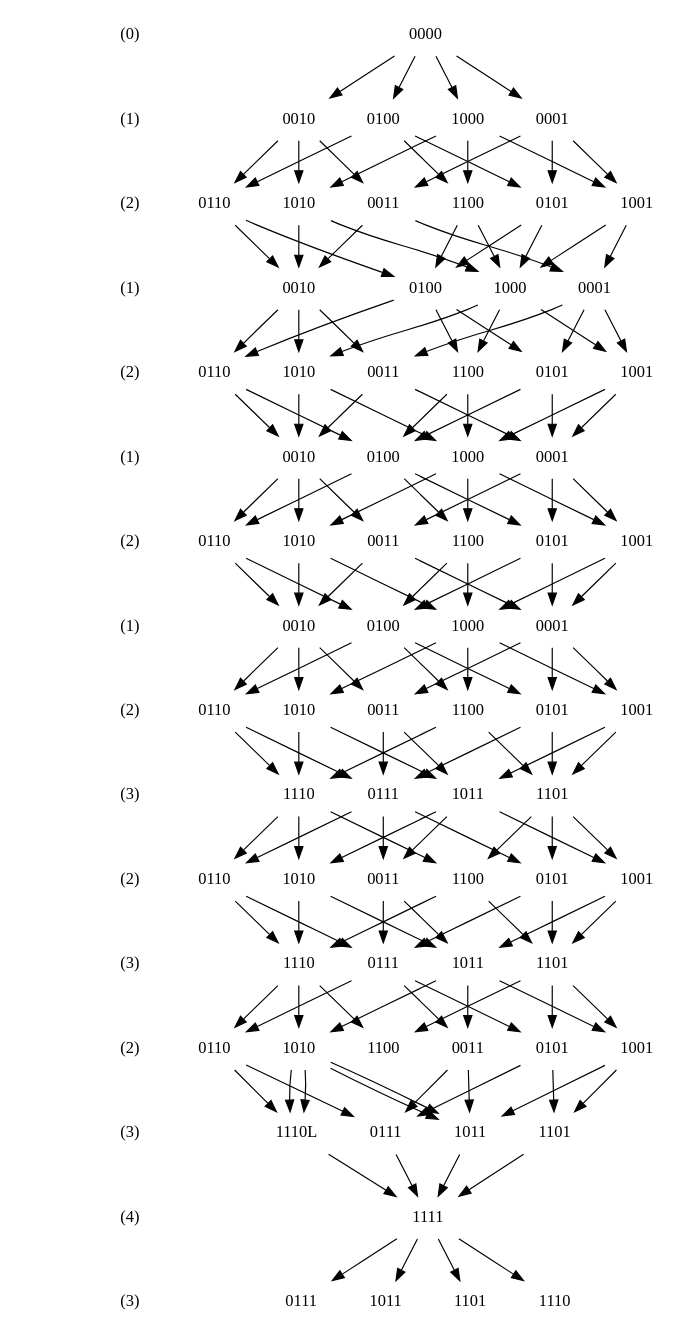
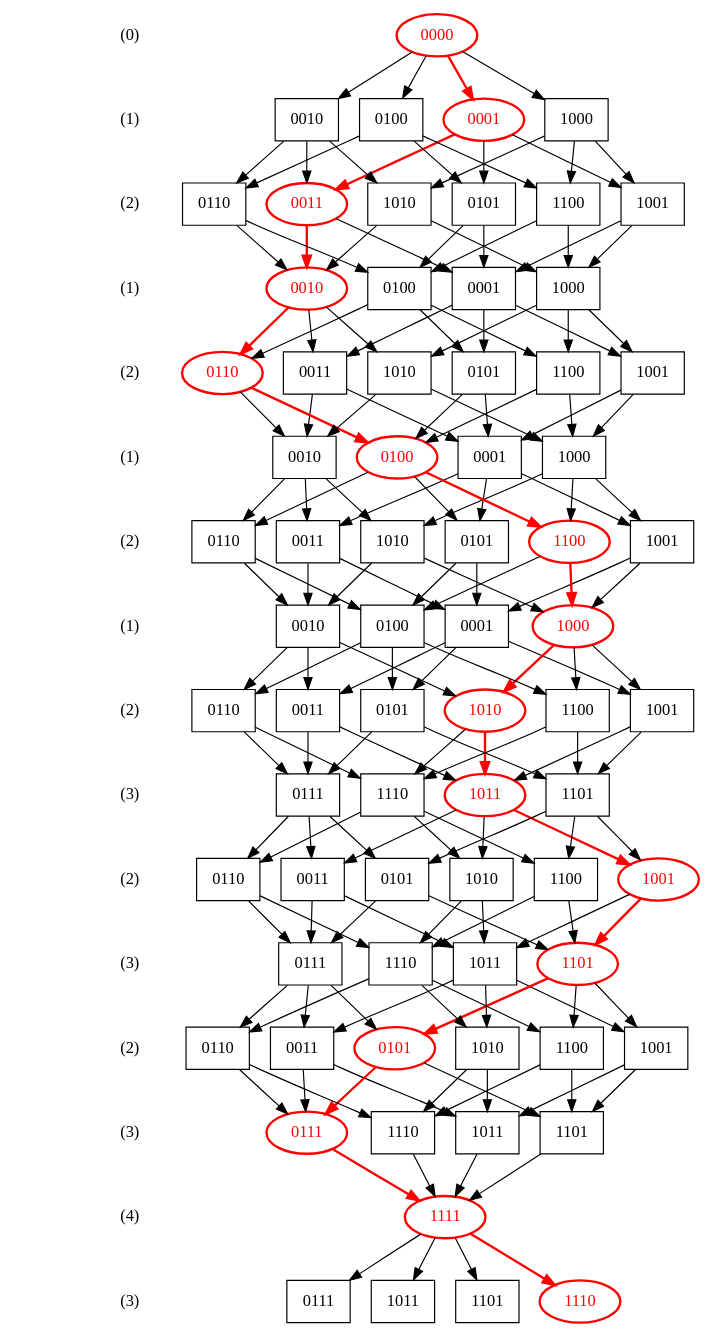
One commit to jloughry/subset changed the diagram in optimal_4.dot. Above: the diagram before and after it, drawn with Graphviz. The commit also changed 8 other files, not shown here.

```diff
--- a/optimal_4.dot
+++ b/optimal_4.dot
@@ -47,25 +47,24 @@
 	"size8" -> "size9" -> "size10" -> "size11" ->
 	"size12" -> "size13" -> "size14" -> "size15"
 
-	edge [style=solid];
-
-	// node [shape=box]
+	edge [style=solid]
+	node [shape=box]
 
 	{rank=same; "rank0" [style=invis];
-		0000
+		0000 [shape=ellipse,fontcolor=red,color=red,style=bold]
 	}
 
 	{rank=same; "rank1" [style=invis];
-		0001 0010 0100 1000
+		0001 [shape=ellipse,fontcolor=red,color=red,style=bold] 0010 0100 1000
 	}
 
-	0000->0001;
+	0000->0001 [color=red,style=bold];
 	0000->0010;
 	0000->0100;
 	0000->1000;
 
 	{rank=same; "rank2" [style=invis];
-		"0011a" [label="0011"];
+		"0011a" [label="0011",shape=ellipse,fontcolor=red,color=red,style=bold];
 		"0101a" [label="0101"];
 		"0110a" [label="0110"];
 		"1100a" [label="1100"];
@@ -73,20 +72,20 @@
 		"1010a" [label="1010"];
 	}
 
-	0001->"0011a"; 0001->"0101a"; 0001->"1001a";
+	0001->"0011a" [color=red,style=bold]; 0001->"0101a"; 0001->"1001a";
 	0010->"0011a"; 0010->"0110a"; 0010->"1010a";
 	0100->"0101a"; 0100->"0110a"; 0100->"1100a";
 	1000->"1001a"; 1000->"1010a"; 1000->"1100a";
 
 	{rank=same; "rank3" [style=invis];
-		"0010b" [label="0010"];
+		"0010b" [label="0010",shape=ellipse,fontcolor=red,color=red,style=bold];
 		"0001b" [label="0001"];
 		"0100b" [label="0100"];
 		"1000b" [label="1000"];
 	}
 
-	"0011a"->"0010b"; "0011a"->"0001b";
-	"0101a"->"1000b"; "0101a"->"0100b";
+	"0011a"->"0010b" [color=red,style=bold]; "0011a"->"0001b";
+	"0101a"->"0001b"; "0101a"->"0100b";
 	"0110a"->"0100b"; "0110a"->"0010b";
 	"1001a"->"1000b"; "1001a"->"0001b";
 	"1010a"->"1000b"; "1010a"->"0010b";
@@ -95,14 +94,14 @@
 	{rank=same; "rank4" [style=invis];
 		"0011c" [label="0011"];
 		"0101c" [label="0101"];
-		"0110c" [label="0110"];
+		"0110c" [label="0110",shape=ellipse,fontcolor=red,color=red,style=bold];
 		"1010c" [label="1010"];
 		"1001c" [label="1001"];
 		"1100c" [label="1100"];
 	}
 
 	"0001b"->"0011c"; "0001b"->"0101c"; "0001b"->"1001c";
-	"0010b"->"0011c"; "0010b"->"0110c"; "0010b"->"1010c";
+	"0010b"->"0011c"; "0010b"->"0110c" [color=red,style=bold]; "0010b"->"1010c";
 	"1000b"->"1001c"; "1000b"->"1010c"; "1000b"->"1100c";
 	"0100b"->"0101c"; "0100b"->"0110c"; "0100b"->"1100c";
 	
@@ -110,14 +109,14 @@
 		"0010d" [label="0010"];
 		"0001d" [label="0001"];
 		"1000d" [label="1000"];
-		"0100d" [label="0100"];
+		"0100d" [label="0100",shape=ellipse,fontcolor=red,color=red,style=bold];
 	}
 
 	"0011c"->"0010d"; "0011c"->"0001d";
 	"1001c"->"1000d"; "1001c"->"0001d";
 	"0101c"->"0100d"; "0101c"->"0001d";
 	"1010c"->"1000d"; "1010c"->"0010d";
-	"0110c"->"0100d"; "0110c"->"0010d";
+	"0110c"->"0100d" [color=red,style=bold]; "0110c"->"0010d";
 	"1100c"->"1000d"; "1100c"->"0100d";
 
 	{rank=same; "rank6" [style=invis];
@@ -126,18 +125,18 @@
 		"0011e" [label="0011"];
 		"1010e" [label="1010"];
 		"0110e" [label="0110"];
-		"1100e" [label="1100"];
+		"1100e" [label="1100",shape=ellipse,fontcolor=red,color=red,style=bold];
 	}
 
 	"0001d"->"1001e"; "0001d"->"0101e"; "0001d"->"0011e";
 	"0010d"->"1010e"; "0010d"->"0110e"; "0010d"->"0011e";
 	"1000d"->"1001e"; "1000d"->"1010e"; "1000d"->"1100e";
-	"0100d"->"1100e"; "0100d"->"0110e"; "0100d"->"0101e";
+	"0100d"->"1100e" [color=red,style=bold]; "0100d"->"0110e"; "0100d"->"0101e";
 
 	{rank=same; "rank7" [style=invis];
 		"0001f" [label="0001"];
 		"0010f" [label="0010"];
-		"1000f" [label="1000"];
+		"1000f" [label="1000",shape=ellipse,fontcolor=red,color=red,style=bold];
 		"0100f" [label="0100"];
 	}
 
@@ -146,13 +145,13 @@
 	"0101e"->"0001f" "0101e"->"0100f"
 	"1010e"->"0010f" "1010e"->"1000f"
 	"0110e"->"0010f" "0110e"->"0100f"
-	"1100e"->"0100f" "1100e"->"1000f"
+	"1100e"->"0100f" "1100e"->"1000f" [color=red,style=bold]
 
 	{rank=same; "rank8" [style=invis];
 		"1001g" [label="1001"];
 		"0101g" [label="0101"];
 		"0011g" [label="0011"];
-		"1010g" [label="1010"];
+		"1010g" [label="1010",shape=ellipse,fontcolor=red,color=red,style=bold];
 		"0110g" [label="0110"];
 		"1100g" [label="1100"];
 	}
@@ -160,10 +159,10 @@
 	"0001f"->"1001g"; "0001f"->"0101g"; "0001f"->"0011g";
 	"0010f"->"1010g"; "0010f"->"0110g"; "0010f"->"0011g";
 	"0100f"->"1100g"; "0100f"->"0110g"; "0100f"->"0101g";
-	"1000f"->"1100g"; "1000f"->"1010g"; "1000f"->"1001g";
+	"1000f"->"1100g"; "1000f"->"1010g" [color=red,style=bold]; "1000f"->"1001g";
 
 	{rank=same; "rank9" [style=invis];
-		"1011h" [label="1011"];
+		"1011h" [label="1011",shape=ellipse,fontcolor=red,color=red,style=bold];
 		"0111h" [label="0111"];
 		"1101h" [label="1101"];
 		"1110h" [label="1110"];
@@ -172,20 +171,20 @@
 	"0011g"->"1011h"; "0011g"->"0111h";
 	"1001g"->"1101h"; "1001g"->"1011h";
 	"0101g"->"1101h"; "0101g"->"0111h";
-	"1010g"->"1110h"; "1010g"->"1011h";
+	"1010g"->"1110h"; "1010g"->"1011h" [color=red,style=bold];
 	"0110g"->"1110h"; "0110g"->"0111h";
 	"1100g"->"1110h"; "1100g"->"1101h";
 
 	{rank=same; "rank10" [style=invis];
 		"0011i" [label="0011"];
-		"1001i" [label="1001"];
+		"1001i" [label="1001",shape=ellipse,fontcolor=red,color=red,style=bold];
 		"1010i" [label="1010"];
 		"0101i" [label="0101"];
 		"0110i" [label="0110"];
 		"1100i" [label="1100"];
 	}
 
-	"1011h"->"0011i" "1011h"->"1001i" "1011h"->"1010i"
+	"1011h"->"0011i" "1011h"->"1001i" [color=red,style=bold] "1011h"->"1010i"
 	"0111h"->"0011i" "0111h"->"0101i" "0111h"->"0110i"
 	"1101h"->"0101i" "1101h"->"1001i" "1101h"->"1100i"
 	"1110h"->"0110i" "1110h"->"1010i" "1110h"->"1100i"
@@ -193,12 +192,12 @@
 	{rank=same; "rank11" [style=invis];
 		"1011j" [label="1011"];
 		"0111j" [label="0111"];
-		"1101j" [label="1101"];
+		"1101j" [label="1101",shape=ellipse,fontcolor=red,color=red,style=bold];
 		"1110j" [label="1110"];
 	}
 
 	"0011i"->"1011j"; "0011i"->"0111j";
-	"1001i"->"1101j"; "1001i"->"1011j";
+	"1001i"->"1101j" [color=red,style=bold]; "1001i"->"1011j";
 	"0101i"->"1101j"; "0101i"->"0111j";
 	"1010i"->"1110j"; "1010i"->"1011j";
 	"0110i"->"1110j"; "0110i"->"0111j";
@@ -208,36 +207,36 @@
 		"0011k" [label="0011"];
 		"1001k" [label="1001"];
 		"1010k" [label="1010"];
-		"0101k" [label="0101"];
+		"0101k" [label="0101",shape=ellipse,fontcolor=red,color=red,style=bold];
 		"0110k" [label="0110"];
 		"1100k" [label="1100"];
 	}
 
 	"1011j"->"0011k"; "1011j"->"1001k"; "1011j"->"1010k";
 	"0111j"->"0011k"; "0111j"->"0101k"; "0111j"->"0110k";
-	"1101j"->"0101k"; "1101j"->"1001k"; "1101j"->"1100k";
+	"1101j"->"0101k" [color=red,style=bold]; "1101j"->"1001k"; "1101j"->"1100k";
 	"1110j"->"0110k"; "1110j"->"1010k"; "1110j"->"1100k";
 
 	{rank=same; "rank13" [style=invis];
 		"1011L" [label="1011"];
-		"0111L" [label="0111"];
+		"0111L" [label="0111",shape=ellipse,fontcolor=red,color=red,style=bold];
 		"1101L" [label="1101"];
-		"0111L" [label="0111"];
+		"1110L" [label="1110"];
 	}
 
+	"0110k"->"1110L"; "0110k"->"0111L";
 	"0011k"->"1011L"; "0011k"->"0111L";
+	"0101k"->"1101L"; "0101k"->"0111L" [color=red,style=bold];
+	"1010k"->"1110L"; "1010k"->"1011L";
+	"1100k"->"1110L"; "1100k"->"1101L";
 	"1001k"->"1101L"; "1001k"->"1011L";
-	"0101k"->"1101L"; "0101k"->"0111L";
-	"1010k"->"1110L"; "1010k"->"1011L";
-	"0110k"->"1110L"; "0110k"->"0111L";
-	"1010k"->"1110L"; "1010k"->"1011L";
 
 	{rank=same; "rank14" [style=invis];
-		1111
+		1111 [shape=ellipse,fontcolor=red,color=red,style=bold]
 	}
 
 	"1110L"->1111
-	"0111L"->1111
+	"0111L"->1111 [color=red,style=bold]
 	"1011L"->1111
 	"1101L"->1111
 
@@ -245,12 +244,12 @@
 		"0111m" [label="0111"];
 		"1011m" [label="1011"];
 		"1101m" [label="1101"];
-		"1110m" [label="1110"];
+		"1110m" [label="1110",shape=ellipse,fontcolor=red,color=red,style=bold];
 	}
 
 	1111->"0111m"
 	1111->"1011m"
 	1111->"1101m"
-	1111->"1110m"
+	1111->"1110m" [color=red,style=bold]
 
 }
```
